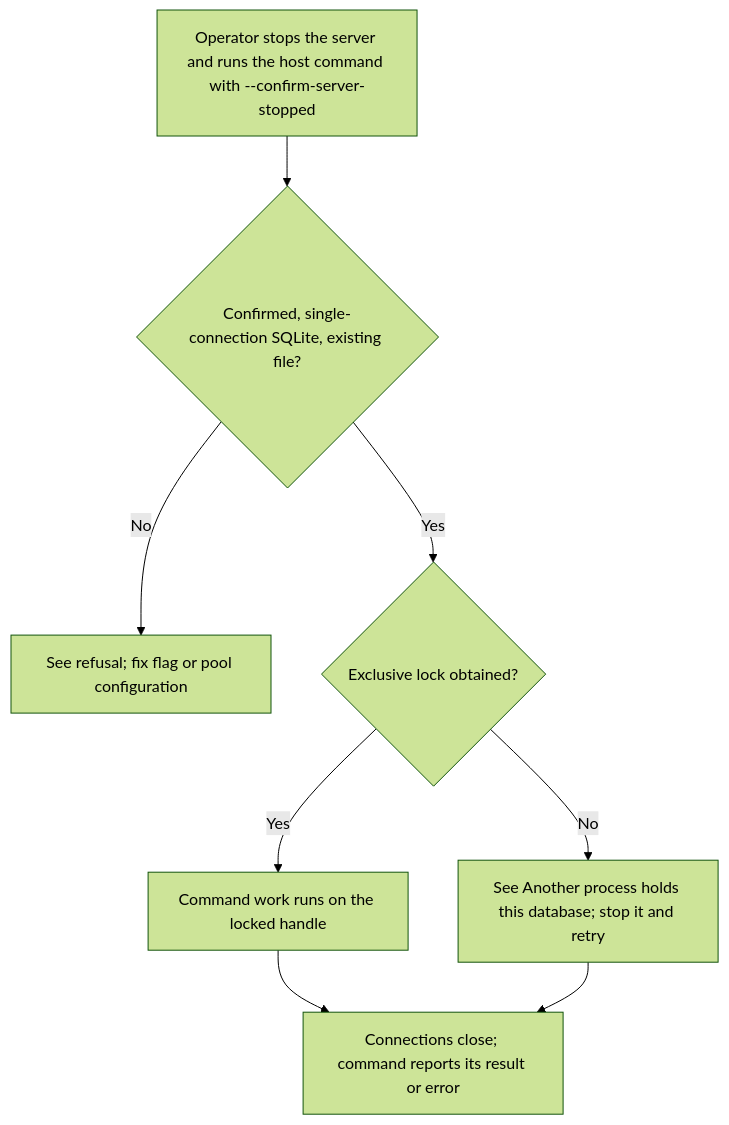
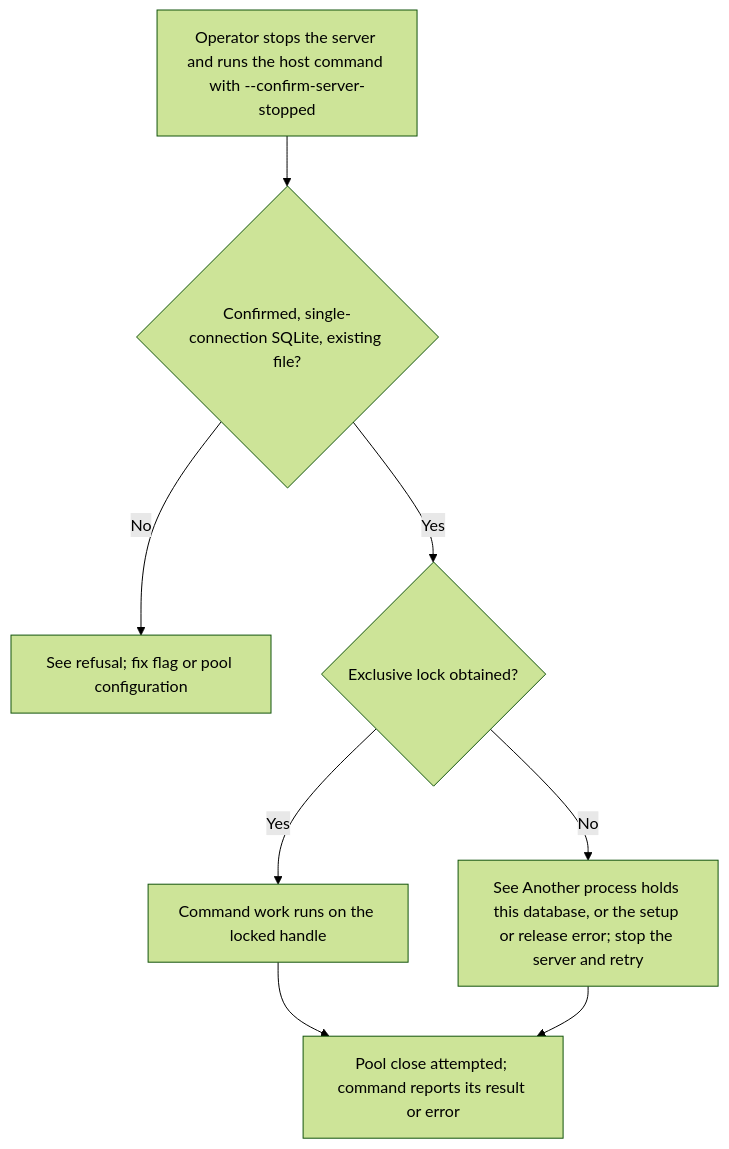
The first of 2 diagrams in user-stories/operator-guards/us-op-07-stopped-server-operator-command.md (Kevinjohn/oss-adonisjs-sqlite-backup), drawn with Mermaid (forest theme) before and after one commit. The commit also changed other lines of this file and 2 other files, not shown here.

````diff
--- a/user-stories/operator-guards/us-op-07-stopped-server-operator-command.md
+++ b/user-stories/operator-guards/us-op-07-stopped-server-operator-command.md
@@ -26,10 +27,10 @@
 ```mermaid
 flowchart TD
     A["Operator stops the server and runs the host command with --confirm-server-stopped"] --> B{"Confirmed, single-connection SQLite, existing file?"}
     B -->|No| C["See refusal; fix flag or pool configuration"]
     B -->|Yes| D{"Exclusive lock obtained?"}
-    D -->|No| E["See Another process holds this database; stop it and retry"]
+    D -->|No| E["See Another process holds this database, or the setup or release error; stop the server and retry"]
     D -->|Yes| F["Command work runs on the locked handle"]
-    F --> G["Connections close; command reports its result or error"]
+    F --> G["Pool close attempted; command reports its result or error"]
     E --> G
 ```
````
